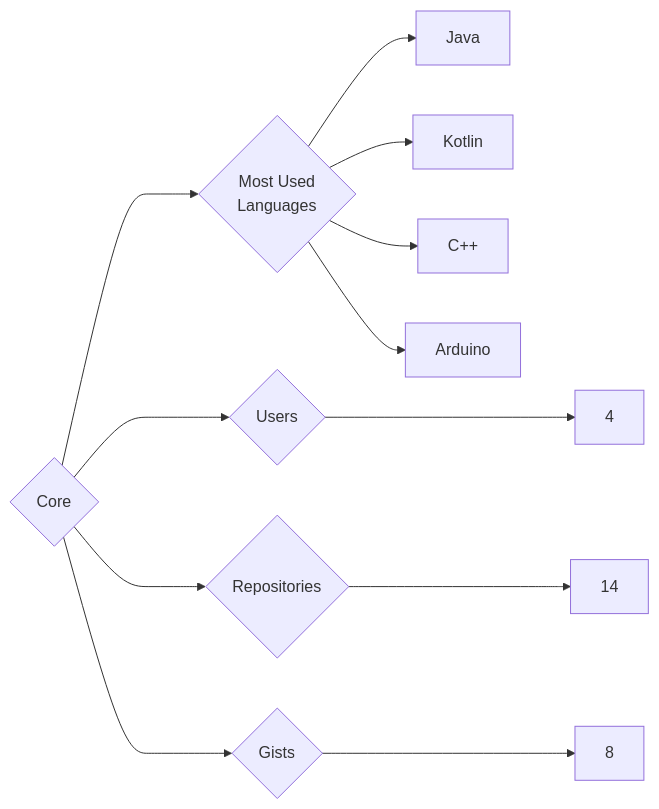
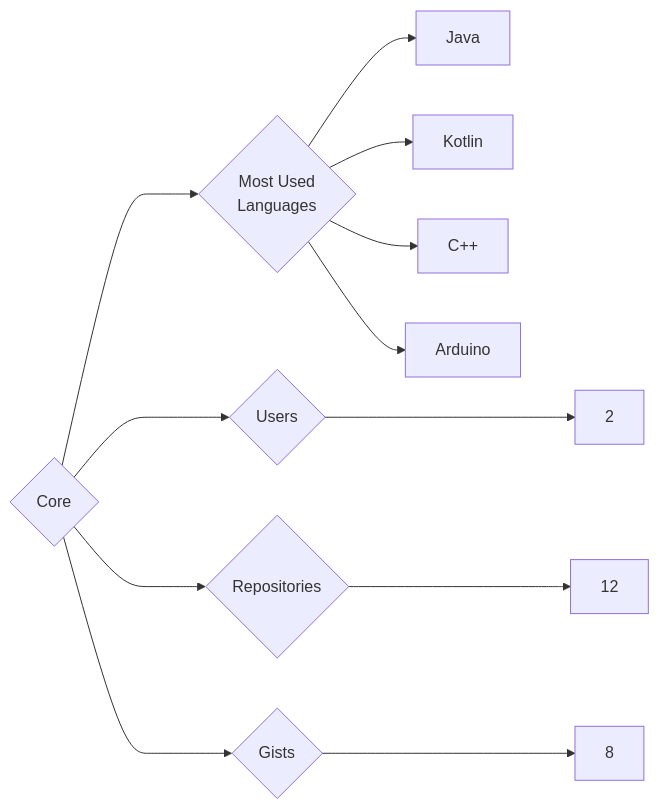
One commit to trickest/insiders changed the diagram in targets/Core/README.md. Above: the diagram before and after it, drawn with Mermaid. The commit also changed 776 other files, not shown here.

````diff
--- a/targets/Core/README.md
+++ b/targets/Core/README.md
@@ -3,12 +3,12 @@
 ```mermaid
 graph LR
 COMPANY_NAME{Core}
-COMPANY_NAME ---> U{Users} ---> UN[4]
-COMPANY_NAME ---> R{Repositories} ---> RN[14]
+COMPANY_NAME ---> U{Users} ---> UN[2]
+COMPANY_NAME ---> R{Repositories} ---> RN[12]
 COMPANY_NAME ---> G{Gists} ---> GN[8]
 COMPANY_NAME ---> ML{Most Used<br>Languages}
 ML --> Java[Java]
 ML --> Kotlin[Kotlin]
 ML --> C++[C++]
 ML --> Arduino[Arduino]
 ```
````
